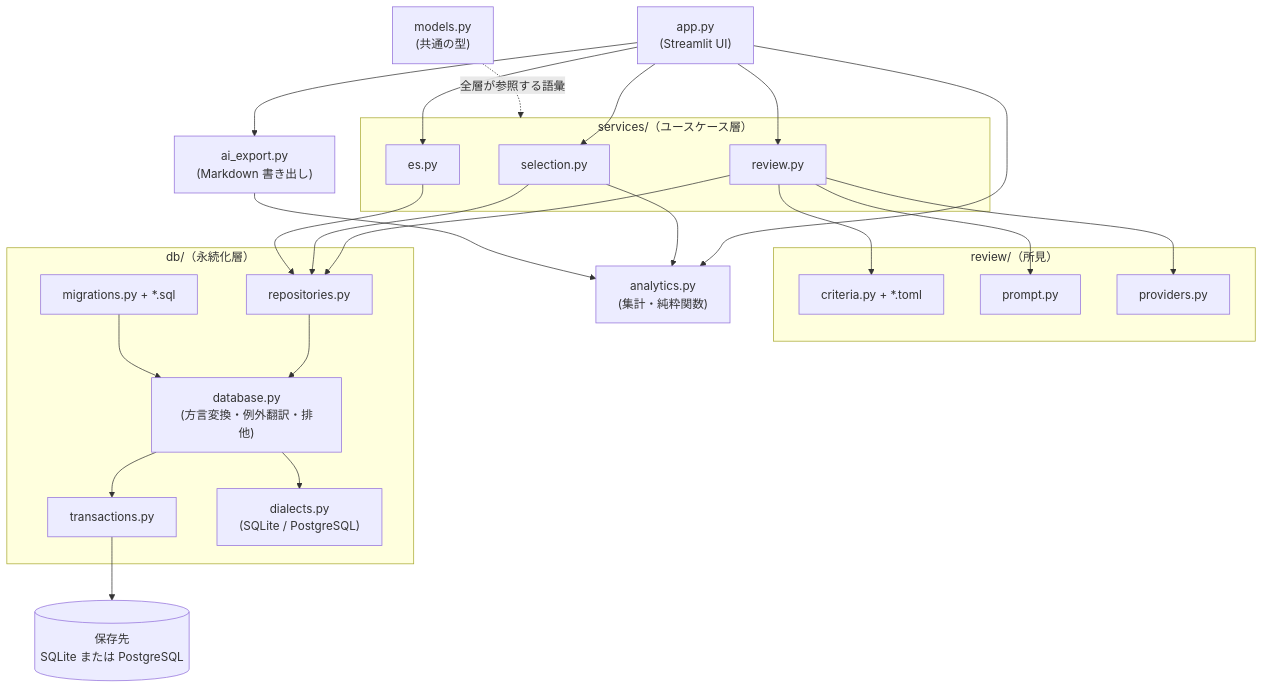
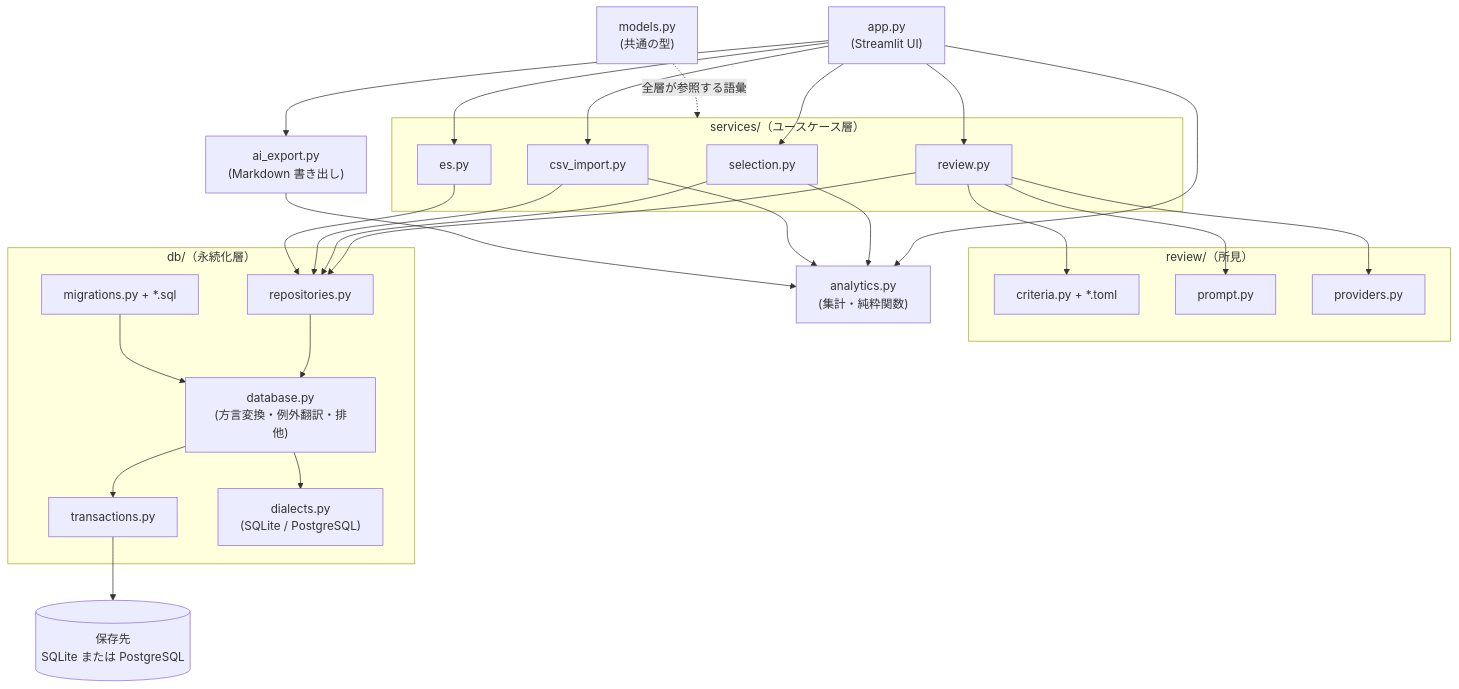
The diagram in docs/architecture.md (Natto2026/shukatsu-tracker), drawn with Mermaid before and after one commit. The commit also changed other lines of this file and 10 other files, not shown here.

````diff
--- a/docs/architecture.md
+++ b/docs/architecture.md
@@ -46,45 +47,49 @@
 ```mermaid
 flowchart TB
     UI["app.py<br>(Streamlit UI)"]
     subgraph services["services/（ユースケース層）"]
         SEL["selection.py"]
+        IMP["csv_import.py"]
         ES["es.py"]
         RV["review.py"]
     end
     subgraph review["review/（所見）"]
         CR["criteria.py + *.toml"]
         PR["prompt.py"]
         PV["providers.py"]
     end
     subgraph db["db/（永続化層）"]
         REPO["repositories.py"]
         DBF["database.py<br>(方言変換・例外翻訳・排他)"]
         TX["transactions.py"]
         MIG["migrations.py + *.sql"]
         DIA["dialects.py<br>(SQLite / PostgreSQL)"]
     end
     AN["analytics.py<br>(集計・純粋関数)"]
     EX["ai_export.py<br>(Markdown 書き出し)"]
     MD["models.py<br>(共通の型)"]
     SQL[("保存先<br>SQLite または PostgreSQL")]
 
     UI --> SEL
+    UI --> IMP
     UI --> ES
     UI --> RV
     UI --> EX
     UI --> AN
     RV --> CR
     RV --> PR
     RV --> PV
     RV --> REPO
     SEL --> AN
     SEL --> REPO
+    IMP --> AN
+    IMP --> REPO
     ES --> REPO
     REPO --> DBF
     DBF --> TX
     DBF --> DIA
     TX --> SQL
     MIG --> DBF
     EX --> AN
     MD -.->|全層が参照する語彙| services
 ```
````
